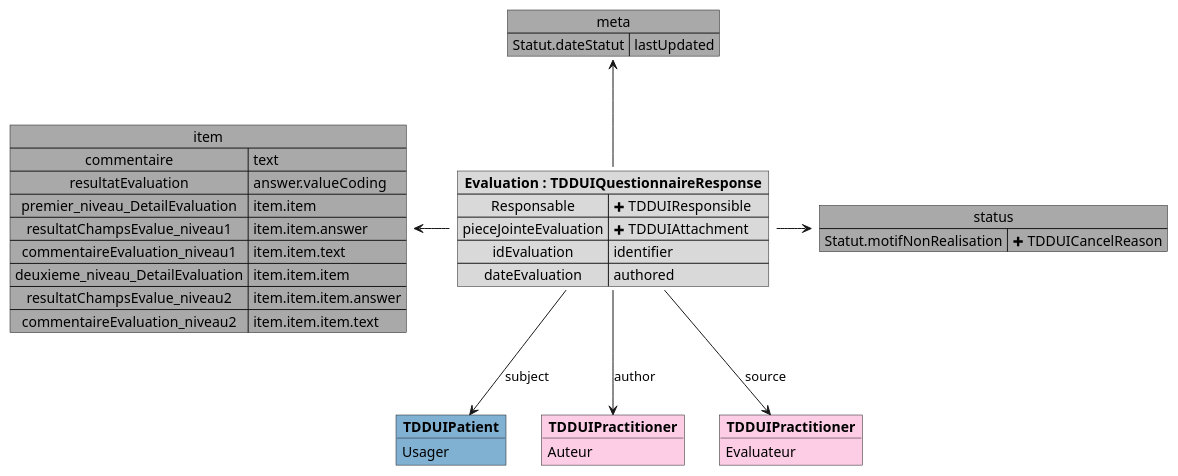
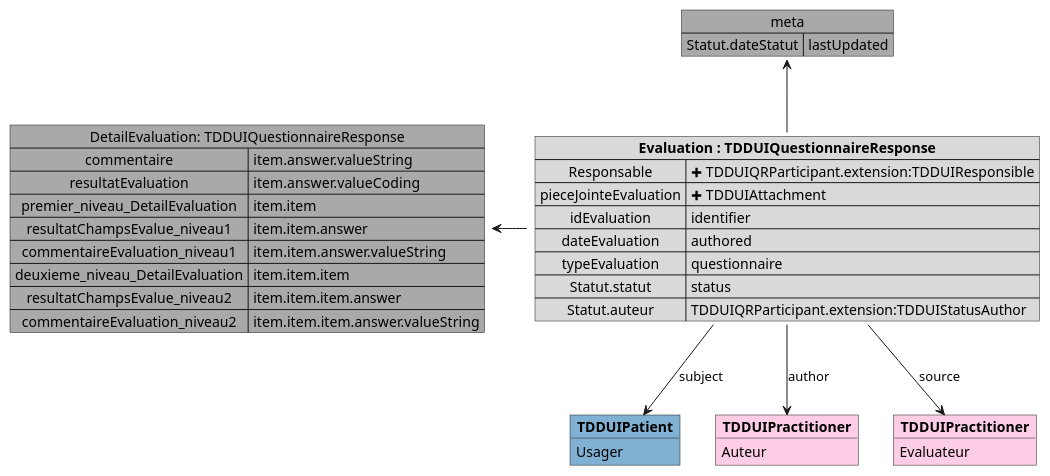
Before and after one commit to ansforge/IG-fhir-medicosocial-transfert-donnees-dui: the diagram in input/images-source/mapping_TDDUIQuestionnaireResponse.plantuml, drawn with PlantUML. The commit also changed 13 other files, not shown here.

```diff
--- a/input/images-source/mapping_TDDUIQuestionnaireResponse.plantuml
+++ b/input/images-source/mapping_TDDUIQuestionnaireResponse.plantuml
@@ -1,49 +1,47 @@
 @startuml
 
-map "item" as item #DarkGray {
-    commentaire => text
-    resultatEvaluation => answer.valueCoding
+map "DetailEvaluation: TDDUIQuestionnaireResponse" as item #DarkGray {
+    commentaire => item.answer.valueString
+    resultatEvaluation => item.answer.valueCoding
     premier_niveau_DetailEvaluation => item.item
     resultatChampsEvalue_niveau1 => item.item.answer
-    commentaireEvaluation_niveau1 => item.item.text
+    commentaireEvaluation_niveau1 => item.item.answer.valueString
     deuxieme_niveau_DetailEvaluation => item.item.item
     resultatChampsEvalue_niveau2 => item.item.item.answer
-    commentaireEvaluation_niveau2 => item.item.item.text
+    commentaireEvaluation_niveau2 => item.item.item.answer.valueString
 }
 
 map "meta" as meta #DarkGray {
     Statut.dateStatut => lastUpdated
-}
-
-map "status" as status #DarkGray {
-    Statut.motifNonRealisation => <&plus> TDDUICancelReason
 }
 
 object "**TDDUIPatient**" as TDDUIPatient_subject #80b1d3 {
     Usager
 }
 
 object "**TDDUIPractitioner**" as TDDUIPractitioner_author #fccde5 {
     Auteur
 }
 
 object "**TDDUIPractitioner**" as TDDUIPractitioner_source #fccde5 {
     Evaluateur
 }
 
 map "**Evaluation : TDDUIQuestionnaireResponse**" as Evaluation #d9d9d9 {
-    Responsable => <&plus> TDDUIResponsible
+    Responsable => <&plus> TDDUIQRParticipant.extension:TDDUIResponsible
     pieceJointeEvaluation => <&plus> TDDUIAttachment
     idEvaluation => identifier
     dateEvaluation => authored
+    typeEvaluation => questionnaire
+    Statut.statut  => status
+    Statut.auteur => TDDUIQRParticipant.extension:TDDUIStatusAuthor
 }
 
 Evaluation -u-> meta
-Evaluation -> status
 Evaluation -l-> item
 
 Evaluation --> TDDUIPatient_subject : subject
 Evaluation --> TDDUIPractitioner_author : author
 Evaluation --> TDDUIPractitioner_source : source
 
 @enduml
```
